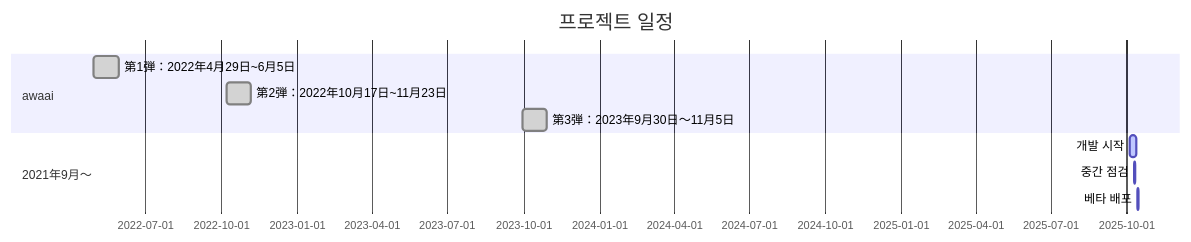
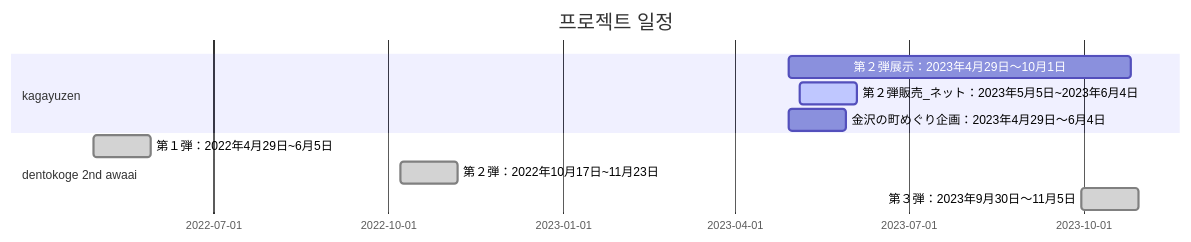
One commit to JihongNMI/SQL-and-Java changed the diagram in 정리_세계시간.md. Above: the diagram before and after it, drawn with Mermaid. The commit also changed other lines of this file, not shown here.

````diff
--- a/정리_세계시간.md
+++ b/정리_세계시간.md
@@ -1,13 +1,17 @@
 ```mermaid
 gantt
     title 프로젝트 일정
     dateFormat  YYYY-MM-DD
-    section awaai
-    第1弾：2022年4月29日~6月5日        :done,    2022-04-29, 30d
-    第2弾：2022年10月17日~11月23日         :done,    2022-10-07, 30d
-    第3弾：2023年9月30日～11月5日      :done,    2023-09-30, 30d
-    section 2021年9月～
-    개발 시작        :active,  2025-10-05, 7d
-    중간 점검        :         2025-10-10, 1d
-    베타 배포        :         2025-10-14, 1d
+
+    section kagayuzen
+    
+    第２弾展示：2023年4月29日～10月1日        :         2023-04-29, 180d
+    第２弾販売_ネット：2023年5月5日~2023年6月4日        :active,  2023-05-05, 30d
+    金沢の町めぐり企画：2023年4月29日～6月4日        :         2023-04-29, 30d
+
+    section dentokoge 2nd awaai
+    第１弾：2022年4月29日~6月5日        :done,    2022-04-29, 30d
+    第２弾：2022年10月17日~11月23日         :done,    2022-10-07, 30d
+    第３弾：2023年9月30日～11月5日      :done,    2023-09-30, 30d
+
 ```
````
